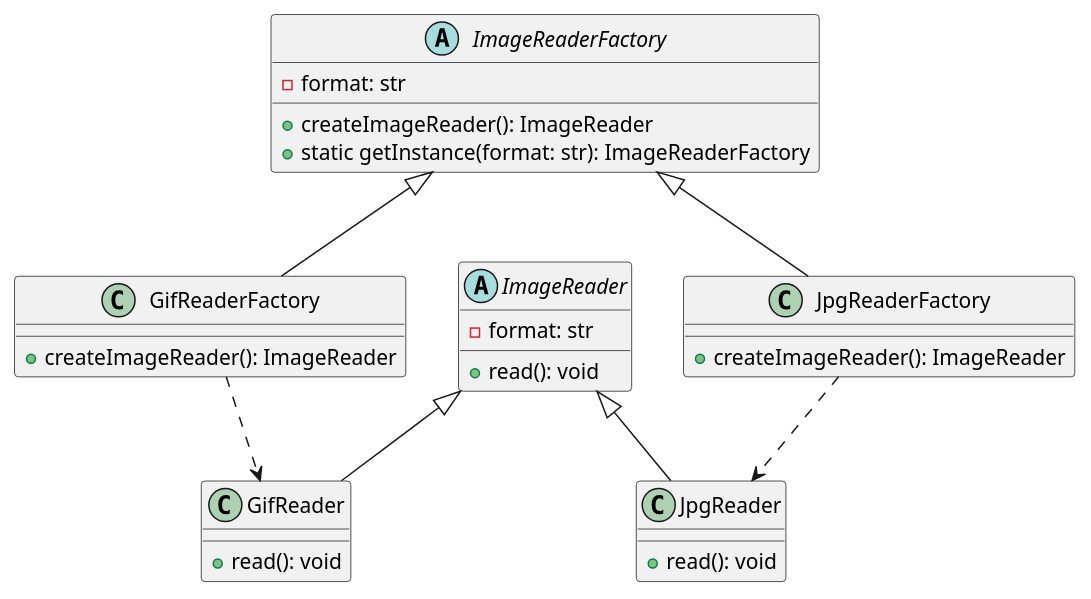
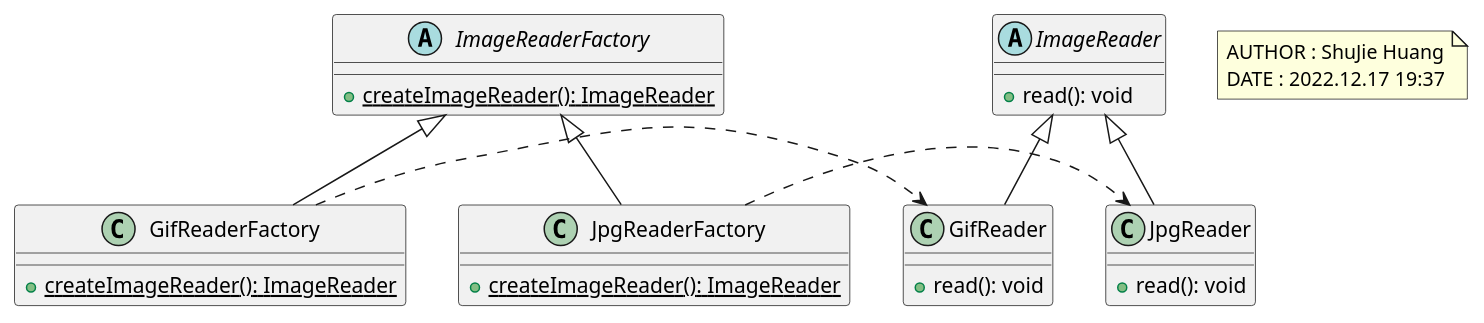
One commit to Daowaishho/ArchitectureLab2 changed the diagram in src/main/java/question4/1.puml. Above: the diagram before and after it, drawn with PlantUML. The commit also changed 30 other files, not shown here.

```diff
--- a/src/main/java/question4/1.puml
+++ b/src/main/java/question4/1.puml
@@ -1,33 +1,40 @@
 @startuml
-
 abstract class ImageReaderFactory {
-    -format: str
-    +createImageReader(): ImageReader
-    +static getInstance(format: str): ImageReaderFactory
+    + {static} createImageReader(): ImageReader
 }
 
-class GifReaderFactory extends ImageReaderFactory {
-    +createImageReader(): ImageReader
+class GifReaderFactory {
+    + {static} createImageReader(): ImageReader
 }
 
-class JpgReaderFactory extends ImageReaderFactory {
-    +createImageReader(): ImageReader
+class JpgReaderFactory {
+    + {static} createImageReader(): ImageReader
 }
 
 abstract class ImageReader {
-    -format: str
     +read(): void
 }
 
-class GifReader extends ImageReader {
+class GifReader {
     +read(): void
 }
 
-class JpgReader extends ImageReader {
+class JpgReader {
     +read(): void
 }
 
-GifReaderFactory ..> GifReader
-JpgReaderFactory ..> JpgReader
+GifReaderFactory -up-|> ImageReaderFactory
+JpgReaderFactory -up-|> ImageReaderFactory
+
+GifReader -up-|> ImageReader
+JpgReader -up-|> ImageReader
+
+GifReaderFactory .right.> GifReader
+JpgReaderFactory .right.> JpgReader
+
+note as annotation
+  AUTHOR : ShuJie Huang
+  DATE : 2022.12.17 19:37
+end note
 
 @enduml
```
